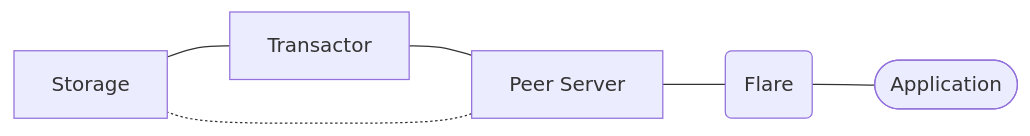
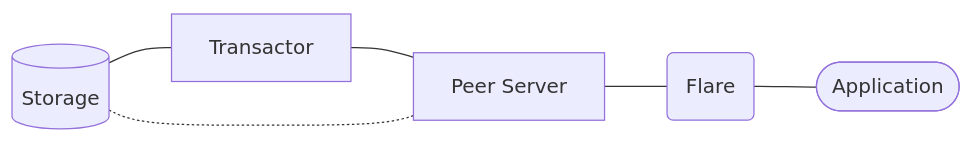
One commit to gbaptista/datomic-flare changed the second of 7 diagrams in README.md. Above: the diagram before and after it, drawn with Mermaid. The commit also changed other lines of this file and 2 other files, not shown here.

````diff
--- a/README.md
+++ b/README.md
@@ -229,8 +229,8 @@
 ```mermaid
 graph RL
-    Transactor --- Storage
+    Transactor --- Storage[("Storage")]
     PeerServer --- Transactor
     PeerServer -.- Storage
     Flare(Flare) --- PeerServer[Peer Server]
     Application([Application]) --- Flare
 ```
````
